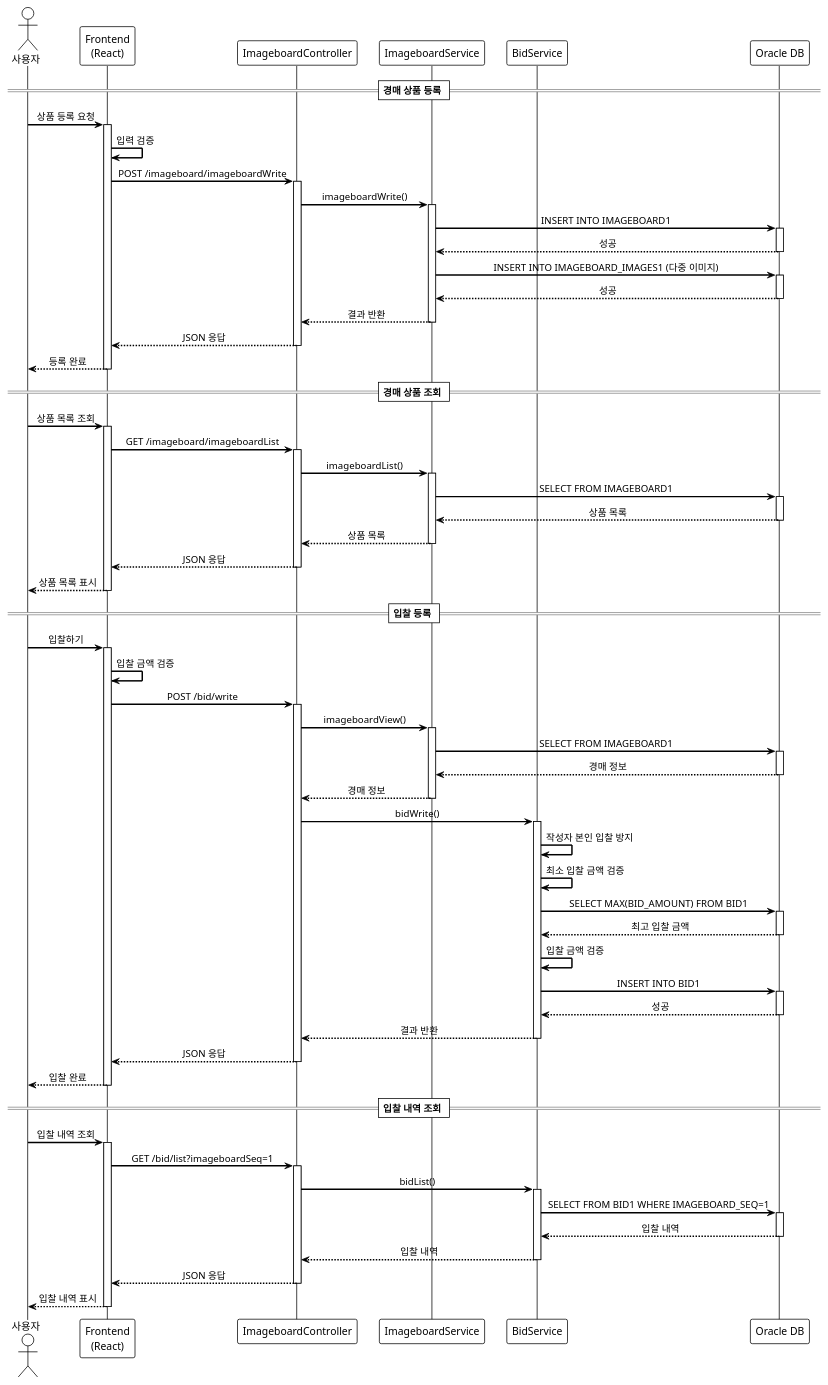
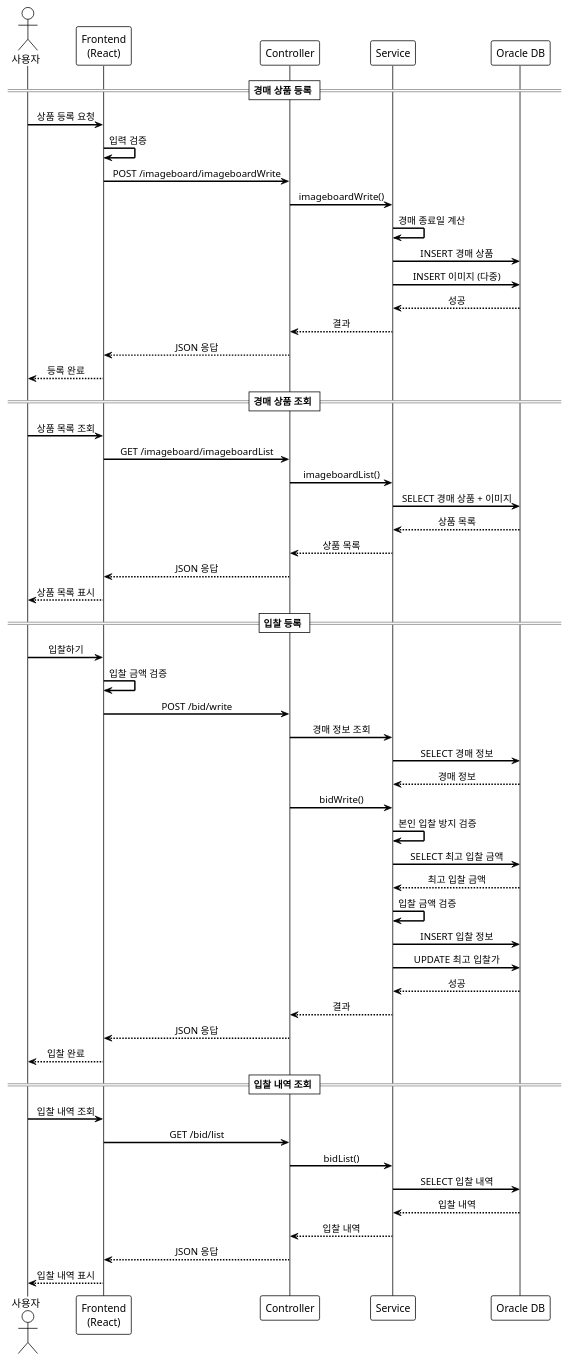
Before and after one commit to snlee1004/goldauction: the diagram in UML/sequence_diagram.puml, drawn with PlantUML. The commit also changed other lines of this file and 27 other files, not shown here.

```diff
--- a/UML/sequence_diagram.puml
+++ b/UML/sequence_diagram.puml
@@ -1,107 +1,65 @@
 @startuml 시퀀스_다이어그램_경매_입찰
 !theme plain
 skinparam defaultFontName "Malgun Gothic"
 skinparam sequenceMessageAlign center
 skinparam sequenceArrowThickness 2
 
 actor 사용자 as User
 participant "Frontend\n(React)" as Frontend
-participant "ImageboardController" as Controller
-participant "ImageboardService" as Service
-participant "BidService" as BidService
+participant "Controller" as Controller
+participant "Service" as Service
 participant "Oracle DB" as DB
 
 == 경매 상품 등록 ==
 User -> Frontend: 상품 등록 요청
-activate Frontend
 Frontend -> Frontend: 입력 검증
 Frontend -> Controller: POST /imageboard/imageboardWrite
-activate Controller
 Controller -> Service: imageboardWrite()
-activate Service
-Service -> DB: INSERT INTO IMAGEBOARD1
-activate DB
+Service -> Service: 경매 종료일 계산
+Service -> DB: INSERT 경매 상품
+Service -> DB: INSERT 이미지 (다중)
 DB --> Service: 성공
-deactivate DB
-Service -> DB: INSERT INTO IMAGEBOARD_IMAGES1 (다중 이미지)
-activate DB
-DB --> Service: 성공
-deactivate DB
-Service --> Controller: 결과 반환
-deactivate Service
+Service --> Controller: 결과
 Controller --> Frontend: JSON 응답
-deactivate Controller
 Frontend --> User: 등록 완료
-deactivate Frontend
 
 == 경매 상품 조회 ==
 User -> Frontend: 상품 목록 조회
-activate Frontend
 Frontend -> Controller: GET /imageboard/imageboardList
-activate Controller
 Controller -> Service: imageboardList()
-activate Service
-Service -> DB: SELECT FROM IMAGEBOARD1
-activate DB
+Service -> DB: SELECT 경매 상품 + 이미지
 DB --> Service: 상품 목록
-deactivate DB
 Service --> Controller: 상품 목록
-deactivate Service
 Controller --> Frontend: JSON 응답
-deactivate Controller
 Frontend --> User: 상품 목록 표시
-deactivate Frontend
 
 == 입찰 등록 ==
 User -> Frontend: 입찰하기
-activate Frontend
 Frontend -> Frontend: 입찰 금액 검증
 Frontend -> Controller: POST /bid/write
-activate Controller
-Controller -> Service: imageboardView()
-activate Service
-Service -> DB: SELECT FROM IMAGEBOARD1
-activate DB
+Controller -> Service: 경매 정보 조회
+Service -> DB: SELECT 경매 정보
 DB --> Service: 경매 정보
-deactivate DB
-Service --> Controller: 경매 정보
-deactivate Service
-Controller -> BidService: bidWrite()
-activate BidService
-BidService -> BidService: 작성자 본인 입찰 방지
-BidService -> BidService: 최소 입찰 금액 검증
-BidService -> DB: SELECT MAX(BID_AMOUNT) FROM BID1
-activate DB
-DB --> BidService: 최고 입찰 금액
-deactivate DB
-BidService -> BidService: 입찰 금액 검증
-BidService -> DB: INSERT INTO BID1
-activate DB
-DB --> BidService: 성공
-deactivate DB
-BidService --> Controller: 결과 반환
-deactivate BidService
+Controller -> Service: bidWrite()
+Service -> Service: 본인 입찰 방지 검증
+Service -> DB: SELECT 최고 입찰 금액
+DB --> Service: 최고 입찰 금액
+Service -> Service: 입찰 금액 검증
+Service -> DB: INSERT 입찰 정보
+Service -> DB: UPDATE 최고 입찰가
+DB --> Service: 성공
+Service --> Controller: 결과
 Controller --> Frontend: JSON 응답
-deactivate Controller
 Frontend --> User: 입찰 완료
-deactivate Frontend
 
 == 입찰 내역 조회 ==
 User -> Frontend: 입찰 내역 조회
-activate Frontend
-Frontend -> Controller: GET /bid/list?imageboardSeq=1
-activate Controller
-Controller -> BidService: bidList()
-activate BidService
-BidService -> DB: SELECT FROM BID1 WHERE IMAGEBOARD_SEQ=1
-activate DB
-DB --> BidService: 입찰 내역
-deactivate DB
-BidService --> Controller: 입찰 내역
-deactivate BidService
+Frontend -> Controller: GET /bid/list
+Controller -> Service: bidList()
+Service -> DB: SELECT 입찰 내역
+DB --> Service: 입찰 내역
+Service --> Controller: 입찰 내역
 Controller --> Frontend: JSON 응답
-deactivate Controller
 Frontend --> User: 입찰 내역 표시
-deactivate Frontend
 
 @enduml
```
